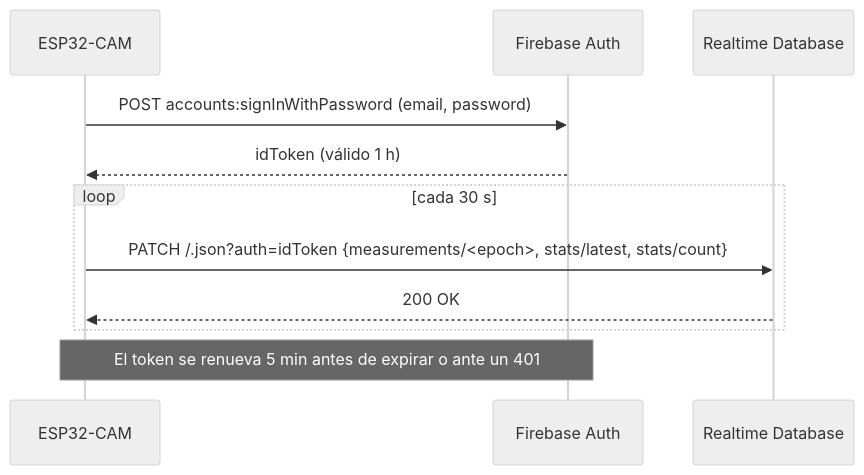
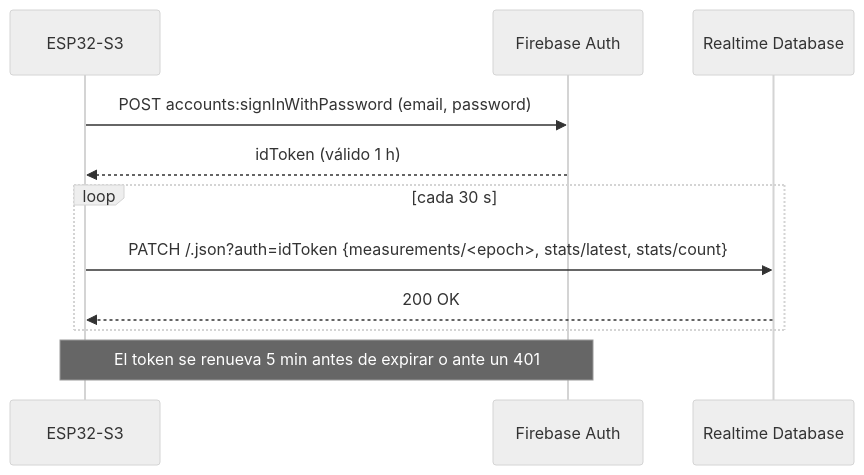
The diagram in docs/firebase.md (jose-i-rm/esp32-distance-monitoring-system), drawn with Mermaid (neutral theme) before and after one commit. The commit also changed other lines of this file and 14 other files, not shown here.

````diff
--- a/docs/firebase.md
+++ b/docs/firebase.md
@@ -18,13 +18,13 @@
 ```mermaid
 sequenceDiagram
-    participant E as ESP32-CAM
+    participant E as ESP32-S3
     participant A as Firebase Auth
     participant D as Realtime Database
     E->>A: POST accounts:signInWithPassword (email, password)
     A-->>E: idToken (válido 1 h)
     loop cada 30 s
         E->>D: PATCH /.json?auth=idToken {measurements/<epoch>, stats/latest, stats/count}
         D-->>E: 200 OK
     end
     Note over E,A: El token se renueva 5 min antes de expirar o ante un 401
 ```
````
